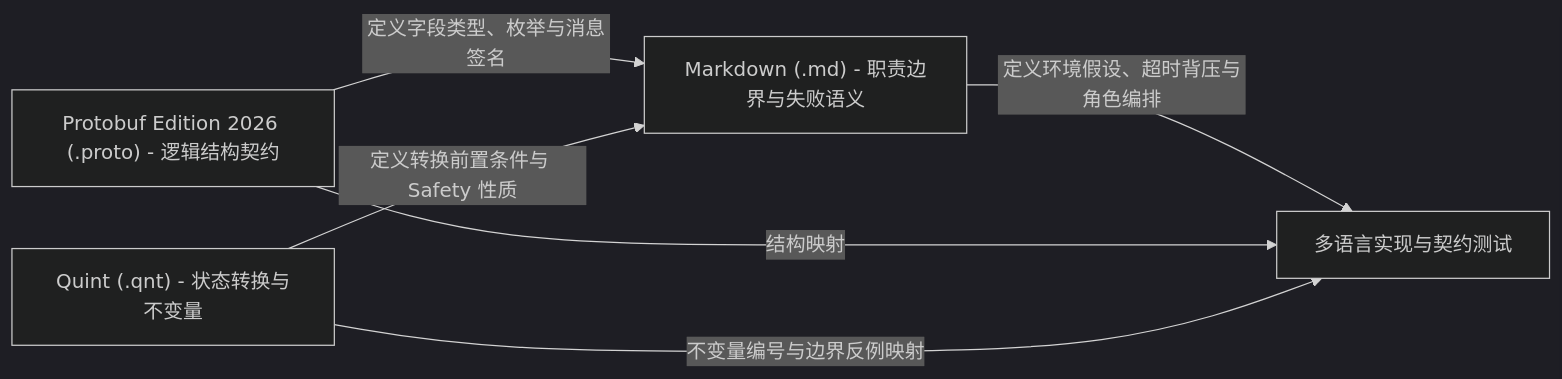
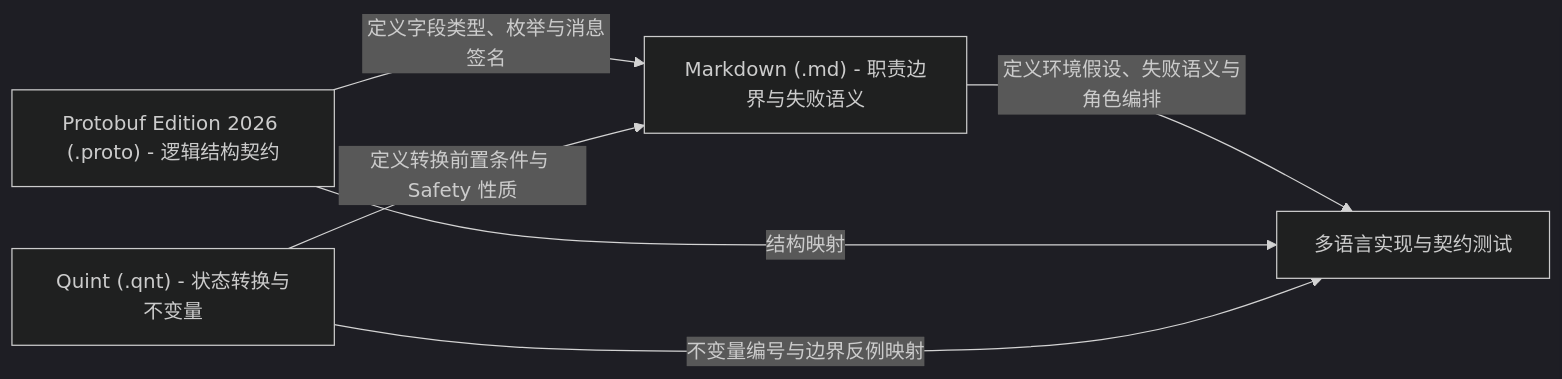
The first of 2 diagrams in spec/README.md (Everfold/Beamlet), drawn with Mermaid (dark theme) before and after one commit. The commit also changed other lines of this file and 13 other files, not shown here.

````diff
--- a/spec/README.md
+++ b/spec/README.md
@@ -9,13 +9,13 @@
 ```mermaid
 flowchart LR
     PB["Protobuf Edition 2026 (.proto) - 逻辑结构契约"]
     QNT["Quint (.qnt) - 状态转换与不变量"]
     MD["Markdown (.md) - 职责边界与失败语义"]
     IMPL["多语言实现与契约测试"]
 
     PB -->|"定义字段类型、枚举与消息签名"| MD
     QNT -->|"定义转换前置条件与 Safety 性质"| MD
-    MD -->|"定义环境假设、超时背压与角色编排"| IMPL
+    MD -->|"定义环境假设、失败语义与角色编排"| IMPL
     PB -->|"结构映射"| IMPL
     QNT -->|"不变量编号与边界反例映射"| IMPL
 ```
````
